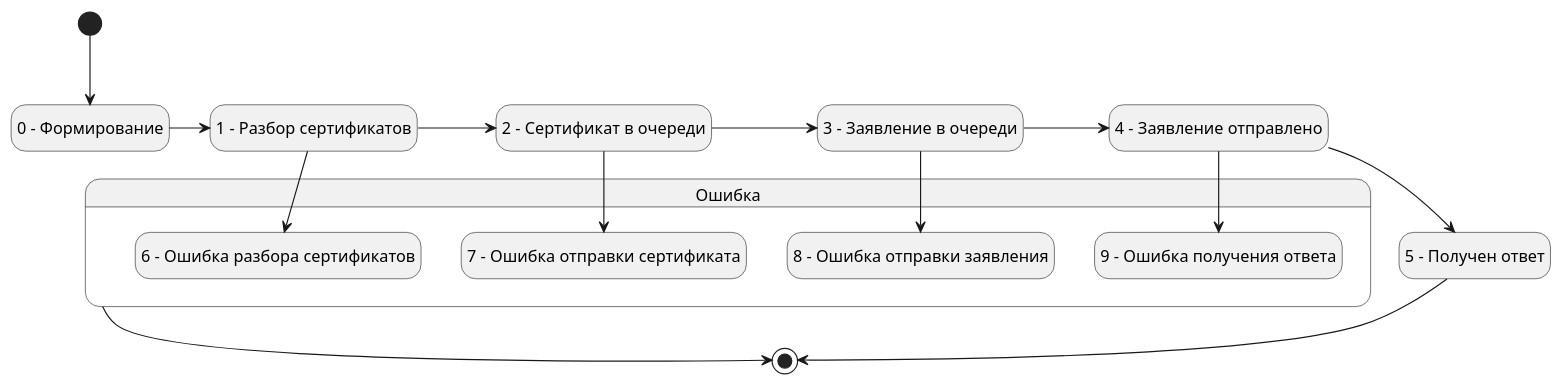
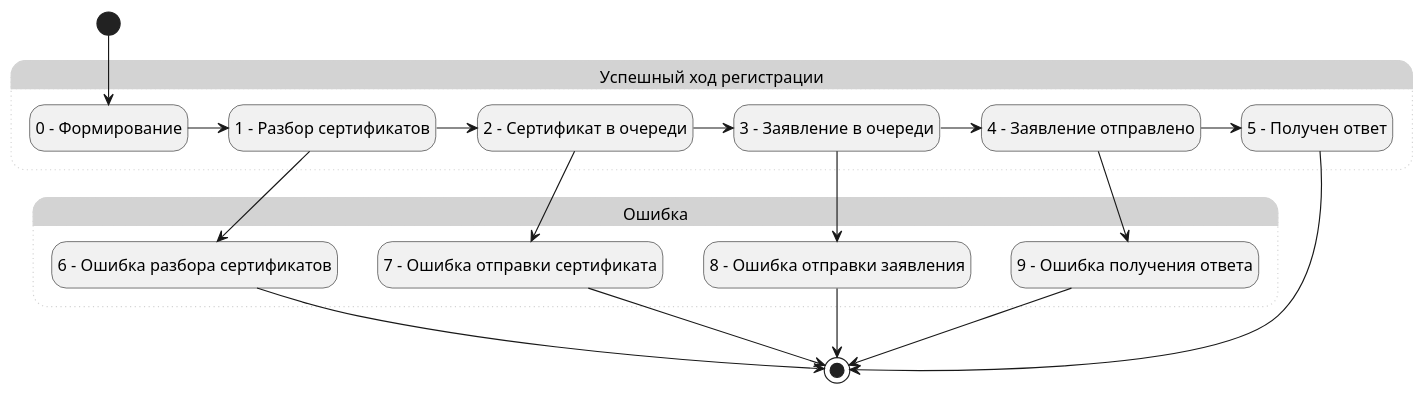
Before and after one commit to citpb/platform-astral-schemes: the diagram in udo_plora_statuses.puml, drawn with PlantUML.

Commit message:
Update udo_plora_statuses.puml
Доработана стилистика диаграммы.

```diff
--- a/udo_plora_statuses.puml
+++ b/udo_plora_statuses.puml
@@ -1,36 +1,41 @@
 @startuml
 hide empty description
-
+state "Успешный ход регистрации" as Saccess #LightGray;line.dotted;line:LightGray {
 state "0 – Формирование" as State0
 state "1 – Разбор сертификатов" as State1
 state "2 - Сертификат в очереди" as State2
 state "3 - Заявление в очереди" as State3
 state "4 - Заявление отправлено" as State4
 state "5 - Получен ответ" as State5
-state "Ошибка" as Error {
+}
+state "Ошибка" as Error #LightGray;line.dotted;line:LightGray {
 state "6 – Ошибка разбора сертификатов" as State6
 state "7 – Ошибка отправки сертификата" as State7
 state "8 – Ошибка отправки заявления" as State8
 state "9 - Ошибка получения ответа" as State9
 }
 
 [*] --> State0
 State0 -> State1
 
 State1 -> State2
 State1 --> State6
 
 State2 -> State3
 State2 --> State7
 
 State3 -> State4
 State3 --> State8
 
 State4 -> State5
 State4 --> State9
 
 
-Error --> [*]
+State6 --> [*]
+State7 --> [*]
+State8 --> [*]
+State9 --> [*]
+
 State5 --> [*]
 
 @enduml
```
